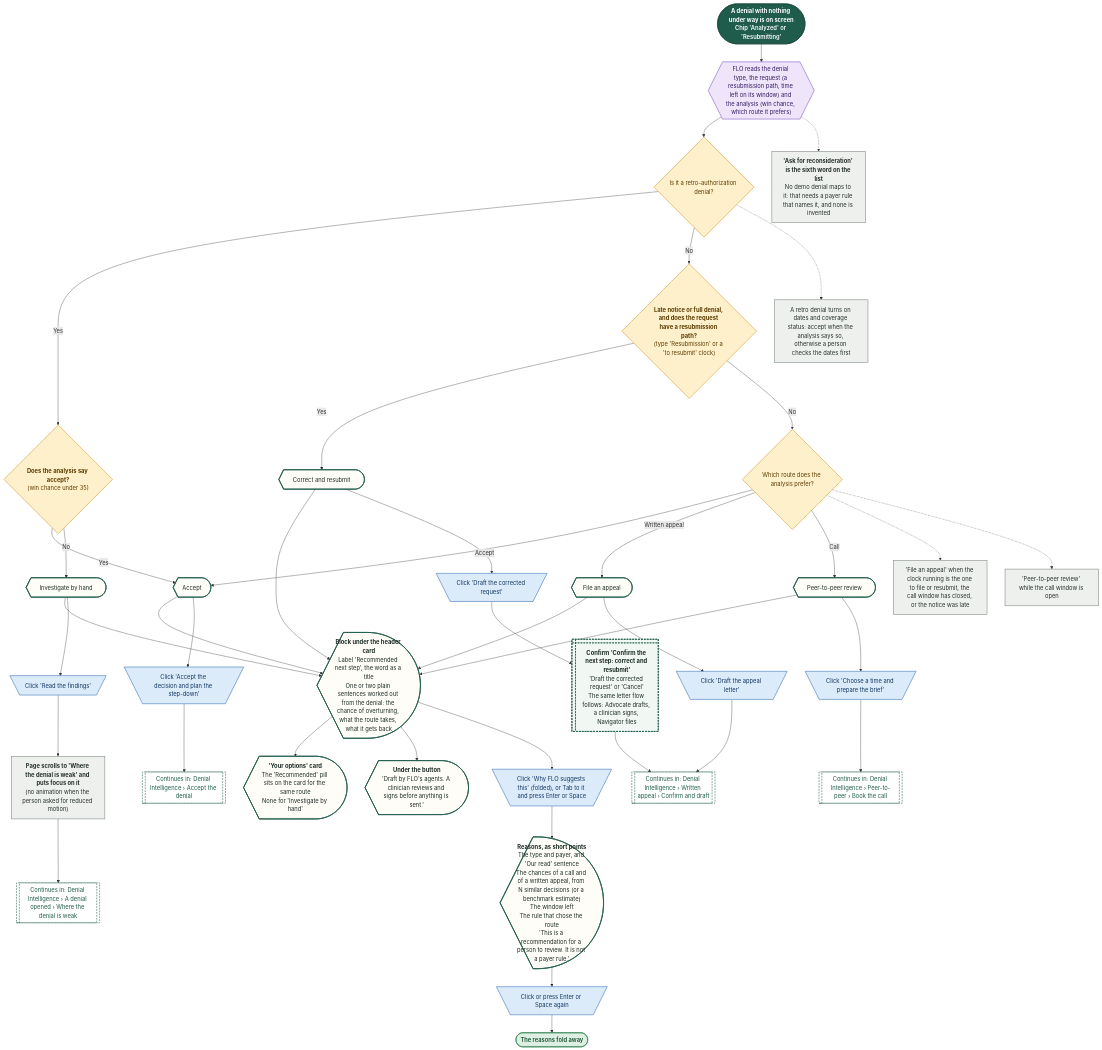
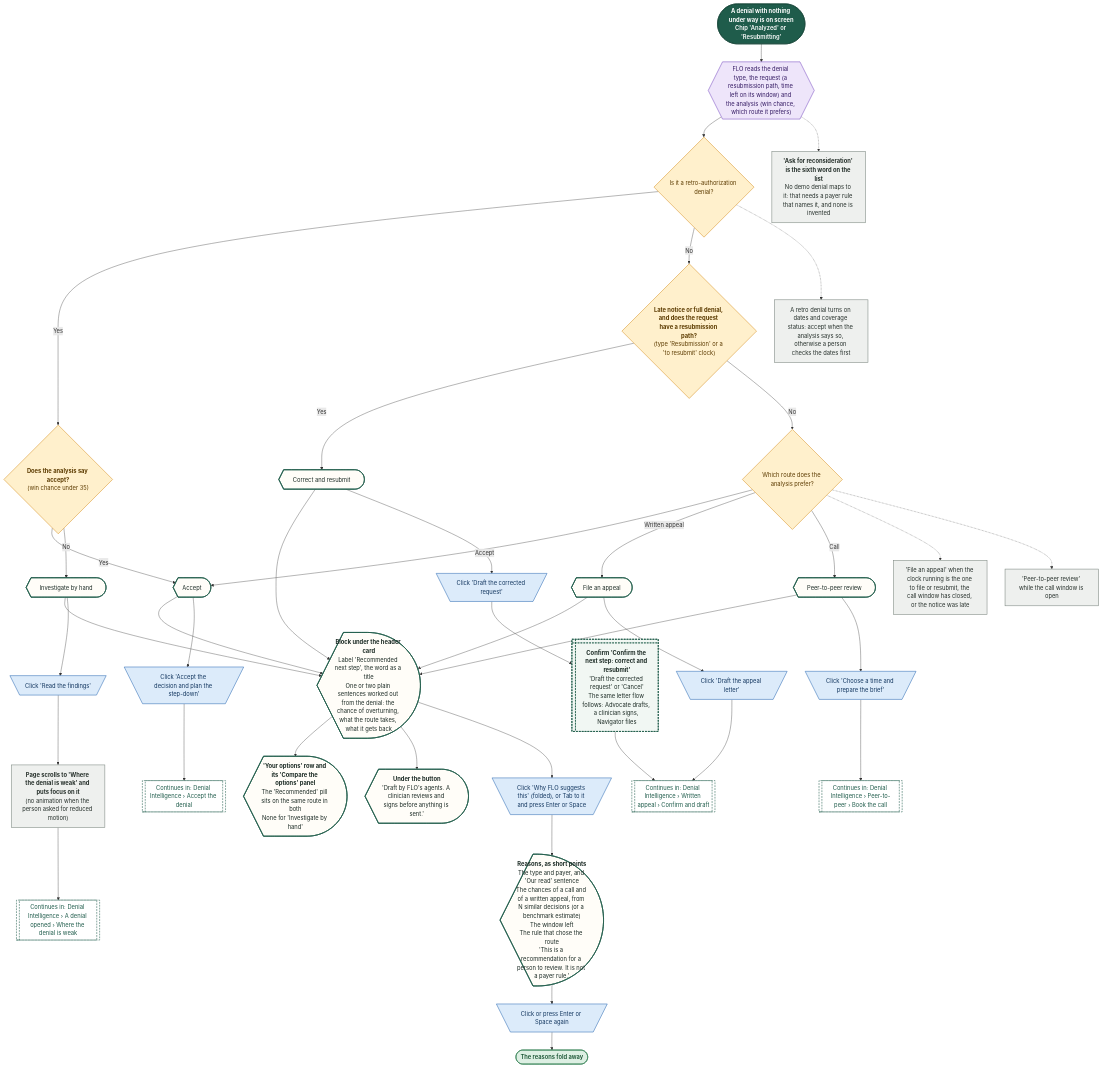
Before and after one commit to Shrav143/psyfloapp: diagram 15 of 28 in demos/prior-auth-demo/workflows/out/md/06-denials.md, drawn with Mermaid. The commit also changed other lines of this file and 251 other files, not shown here.

First line of the commit message:
docs: rebuild the workflow diagrams (291) for round 4

```diff
--- a/demos/prior-auth-demo/workflows/out/md/06-denials.md
+++ b/demos/prior-auth-demo/workflows/out/md/06-denials.md
@@ -1195,7 +1219,7 @@
   n2@{ shape: rect, label: "'File an appeal' when the clock running is the one to file or resubmit, the call window has closed, or the notice was late" }
   n3@{ shape: rect, label: "'Peer-to-peer review' while the call window is open" }
   blk@{ shape: curv-trap, label: "<b>Block under the header card</b><br/>Label 'Recommended next step', the word as a title<br/>One or two plain sentences worked out from the denial: the chance of overturning, what the route takes, what it gets back" }
-  opt@{ shape: curv-trap, label: "<b>'Your options' card</b><br/>The 'Recommended' pill sits on the card for the same route<br/>None for 'Investigate by hand'" }
+  opt@{ shape: curv-trap, label: "<b>'Your options' row and its 'Compare the options' panel</b><br/>The 'Recommended' pill sits on the same route in both<br/>None for 'Investigate by hand'" }
   b1@{ shape: trap-t, label: "Click 'Accept the decision and plan the step-down'" }
   b2@{ shape: trap-t, label: "Click 'Choose a time and prepare the brief'" }
   b3@{ shape: trap-t, label: "Click 'Draft the appeal letter'" }
```
